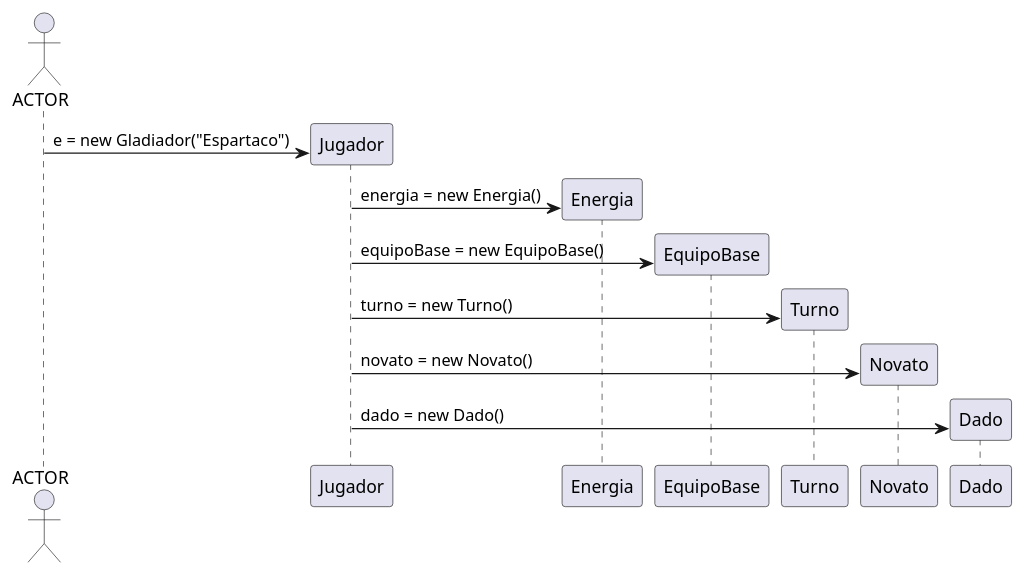
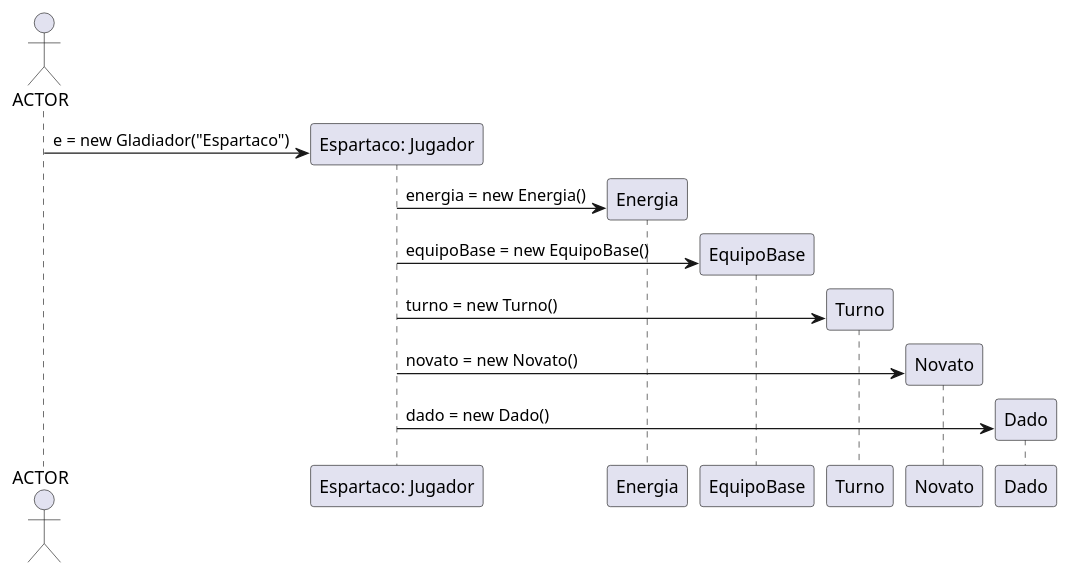
The diagram in diagrams/sequences/001SeCreaUnJugador.puml (CrissRMFI/TP2-AlgoIII), drawn with PlantUML before and after one commit. The commit also changed 8 other files, not shown here.

```diff
--- a/diagrams/sequences/001SeCreaUnJugador.puml
+++ b/diagrams/sequences/001SeCreaUnJugador.puml
@@ -1,22 +1,23 @@
 @startuml
 
 actor ACTOR
+participant "Espartaco: Jugador" as Jugador
 
 create Jugador
 ACTOR -> Jugador: e = new Gladiador("Espartaco")
 
 create Energia
 Jugador -> Energia: energia = new Energia()
 
 create EquipoBase
 Jugador -> EquipoBase: equipoBase = new EquipoBase()
 
 create Turno
 Jugador -> Turno: turno = new Turno()
 
 create Novato
 Jugador -> Novato: novato = new Novato()
 
 create Dado
 Jugador -> Dado: dado = new Dado()
 @enduml
```
